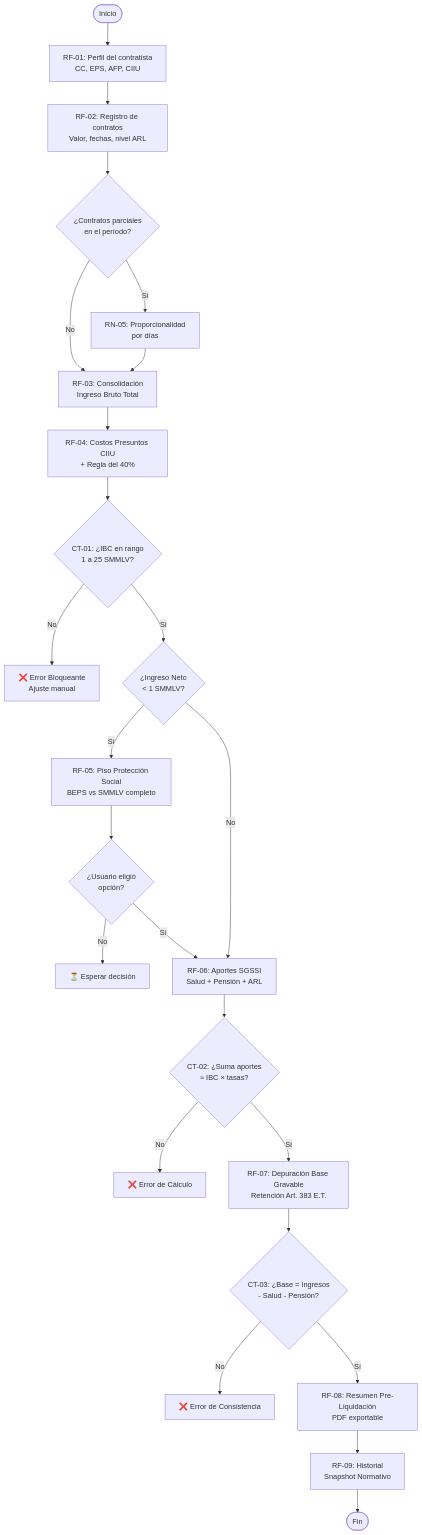
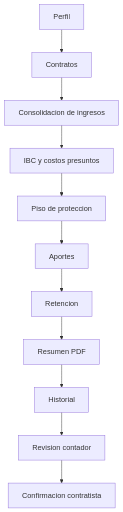
Before and after one commit to cecordobat/ISIA_grupo_1: the first of 2 diagrams in context/diagramas.md, drawn with Mermaid. The commit also changed other lines of this file and 57 other files, not shown here.

Commit message:
feat: achieve 100% Stitch UI fidelity and modernize frontend architecture

````diff
--- a/context/diagramas.md
+++ b/context/diagramas.md
@@ -10,26 +4,13 @@
 ```mermaid
 flowchart TD
-    A([Inicio]) --> B[RF-01: Perfil del contratista\nCC, EPS, AFP, CIIU]
-    B --> C[RF-02: Registro de contratos\nValor, fechas, nivel ARL]
-    C --> D{¿Contratos parciales\nen el período?}
-    D -->|Sí| E[RN-05: Proporcionalidad\npor días]
-    D -->|No| F
-    E --> F[RF-03: Consolidación\nIngreso Bruto Total]
-    F --> G[RF-04: Costos Presuntos CIIU\n+ Regla del 40%]
-    G --> H{CT-01: ¿IBC en rango\n1 a 25 SMMLV?}
-    H -->|No| ERR1[❌ Error Bloqueante\nAjuste manual]
-    H -->|Sí| I{¿Ingreso Neto\n< 1 SMMLV?}
-    I -->|Sí| J[RF-05: Piso Protección Social\nBEPS vs SMMLV completo]
-    J --> K{¿Usuario eligió\nopción?}
-    K -->|No| WAIT[⏳ Esperar decisión]
-    K -->|Sí| L
-    I -->|No| L[RF-06: Aportes SGSSI\nSalud + Pensión + ARL]
-    L --> M{CT-02: ¿Suma aportes\n≈ IBC × tasas?}
-    M -->|No| ERR2[❌ Error de Cálculo]
-    M -->|Sí| N[RF-07: Depuración Base Gravable\nRetención Art. 383 E.T.]
-    N --> O{CT-03: ¿Base = Ingresos\n- Salud - Pensión?}
-    O -->|No| ERR3[❌ Error de Consistencia]
-    O -->|Sí| P[RF-08: Resumen Pre-Liquidación\nPDF exportable]
-    P --> Q[RF-09: Historial\nSnapshot Normativo]
-    Q --> Z([Fin])
+    A[Perfil] --> B[Contratos]
+    B --> C[Consolidacion de ingresos]
+    C --> D[IBC y costos presuntos]
+    D --> E[Piso de proteccion]
+    E --> F[Aportes]
+    F --> G[Retencion]
+    G --> H[Resumen PDF]
+    H --> I[Historial]
+    I --> J[Revision contador]
+    J --> K[Confirmacion contratista]
 ```
````
